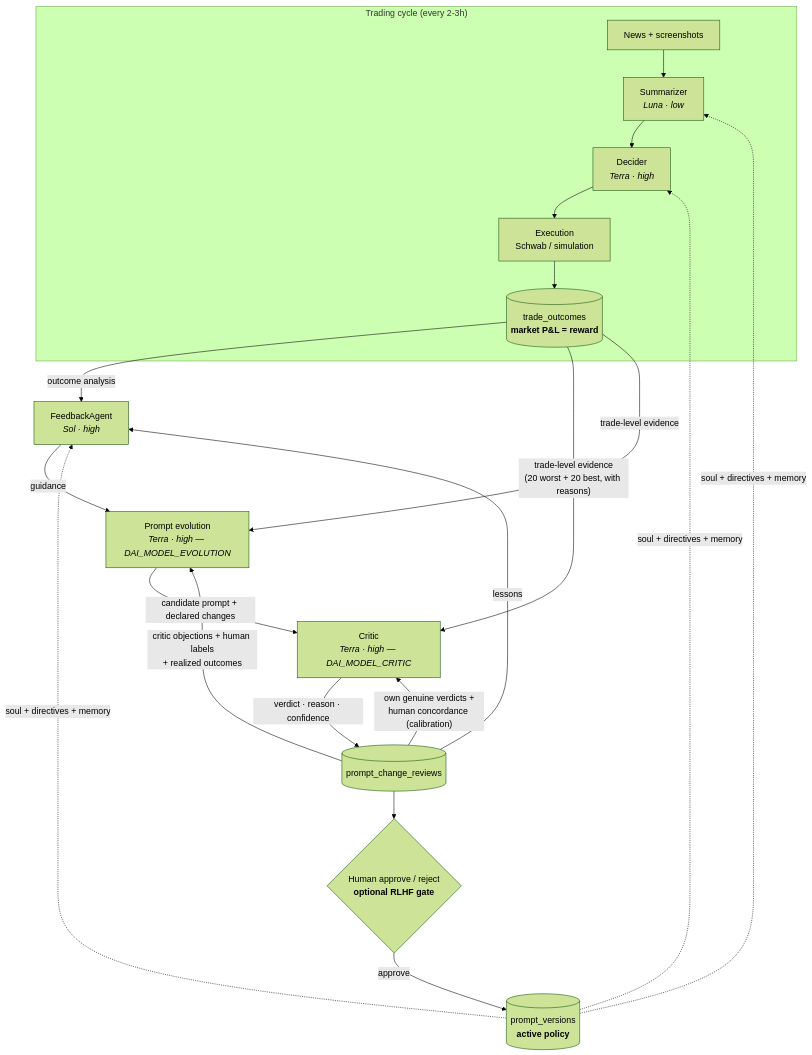
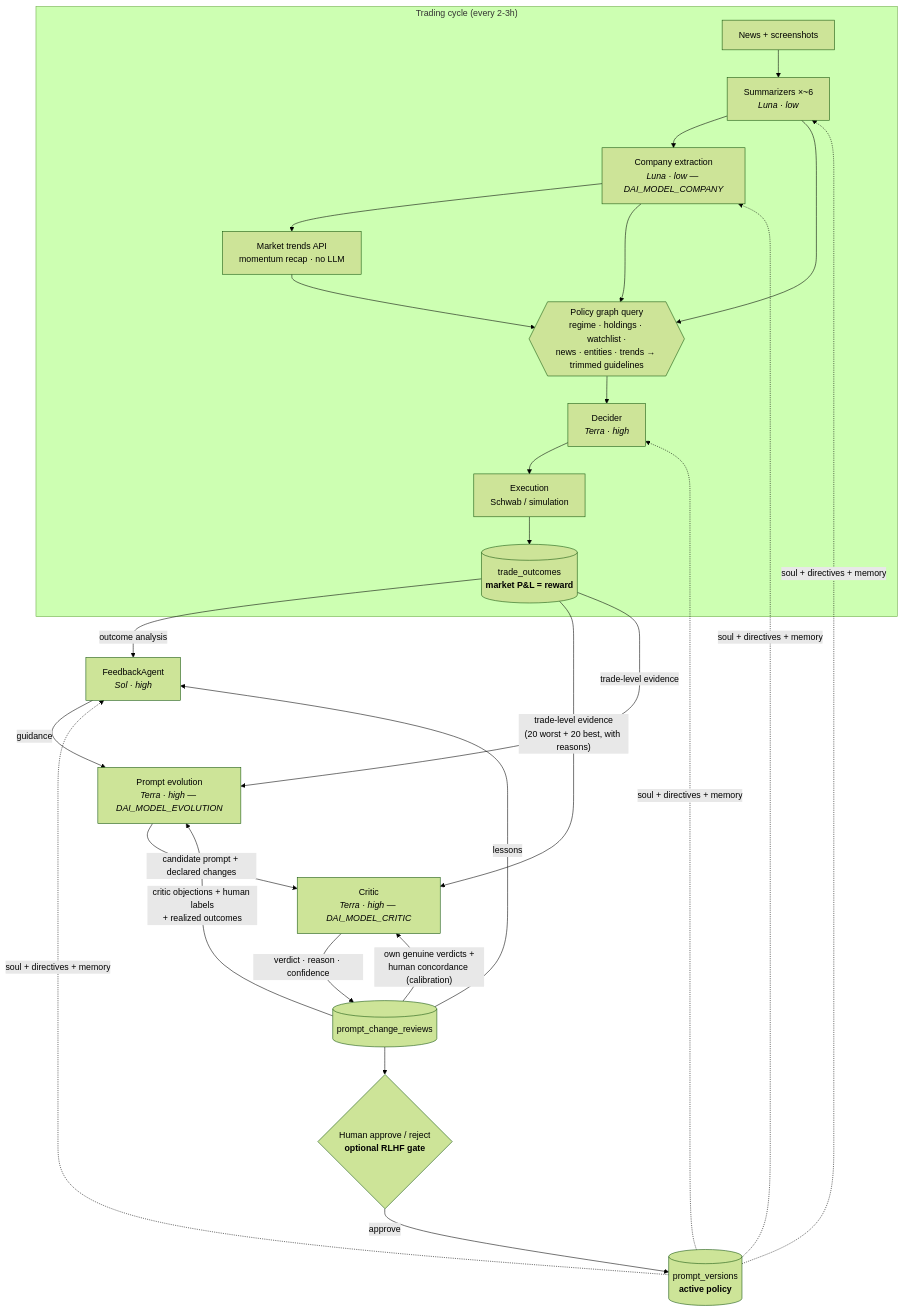
Before and after one commit to attdobi/d-ai-trader: the diagram in README.md, drawn with Mermaid (forest theme). The commit also changed other lines of this file and 58 other files, not shown here.

First line of the commit message:
feat(policy-graph): graph query fed by summaries, company entities and market trends; company extraction becomes an agent; trim size per run

````diff
--- a/README.md
+++ b/README.md
@@ -68,23 +68,26 @@
 ```mermaid
 flowchart TB
     subgraph CYCLE["Trading cycle (every 2-3h)"]
-        NEWS[News + screenshots] --> SUM[Summarizer<br/><i>Luna · low</i>]
-        SUM --> DEC[Decider<br/><i>Terra · high</i>]
+        NEWS[News + screenshots] --> SUM[Summarizers ×~6<br/><i>Luna · low</i>]
+        SUM --> CO[Company extraction<br/><i>Luna · low — DAI_MODEL_COMPANY</i>]
+        CO --> TR[Market trends API<br/>momentum recap · no LLM]
+        SUM & CO & TR --> KG{{Policy graph query<br/>regime · holdings · watchlist ·<br/>news · entities · trends → trimmed guidelines}}
+        KG --> DEC[Decider<br/><i>Terra · high</i>]
         DEC --> EXEC[Execution<br/>Schwab / simulation]
         EXEC --> OUT[(trade_outcomes<br/><b>market P&L = reward</b>)]
     end
 
     OUT -->|outcome analysis| FB[FeedbackAgent<br/><i>Sol · high</i>]
     FB -->|guidance| GEN[Prompt evolution<br/><i>Terra · high — DAI_MODEL_EVOLUTION</i>]
     GEN -->|candidate prompt + declared changes| CRITIC[Critic<br/><i>Terra · high — DAI_MODEL_CRITIC</i>]
     OUT -->|"trade-level evidence<br/>(20 worst + 20 best, with reasons)"| CRITIC
     OUT -->|trade-level evidence| GEN
     CRITIC -->|verdict · reason · confidence| REV[(prompt_change_reviews)]
     REV --> HUMAN{Human approve / reject<br/><b>optional RLHF gate</b>}
     HUMAN -->|approve| POL[(prompt_versions<br/><b>active policy</b>)]
-    POL -.->|soul + directives + memory| SUM & DEC & FB
+    POL -.->|soul + directives + memory| SUM & CO & DEC & FB
 
     REV -->|"critic objections + human labels<br/>+ realized outcomes"| GEN
     REV -->|lessons| FB
     REV -->|"own genuine verdicts +<br/>human concordance (calibration)"| CRITIC
 ```
````
